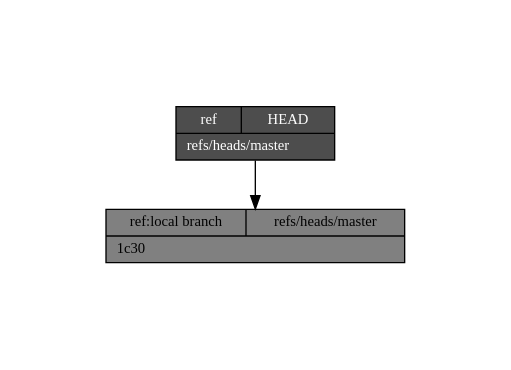
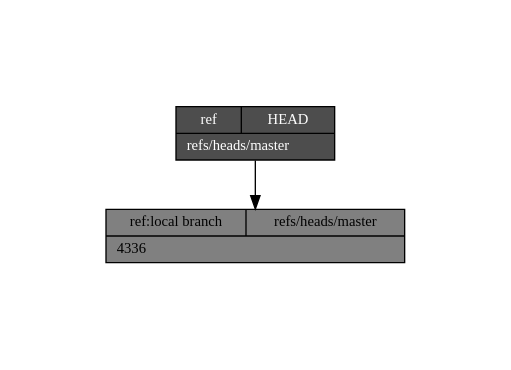
The diagram in ref.dot (zigarn/git-internals), drawn with Graphviz before and after one commit. The commit also changed 10 other files, not shown here.

```diff
--- a/ref.dot
+++ b/ref.dot
@@ -1,8 +1,8 @@
 digraph structs {
   pad="1,1";
   node [shape=record,fontsize=11];
   rankdir="TB";
-  _refs___heads___master [style=filled, fillcolor=gray,  label="{{ref:local branch|refs\/heads\/master}|1c30\l}"]
+  _refs___heads___master [style=filled, fillcolor=gray,  label="{{ref:local branch|refs\/heads\/master}|4336\l}"]
   _HEAD [style=filled, fillcolor=gray30, fontcolor=white,  label="{{ref|HEAD}|refs\/heads\/master\l}"]
   _HEAD -> _refs___heads___master
 }
```
